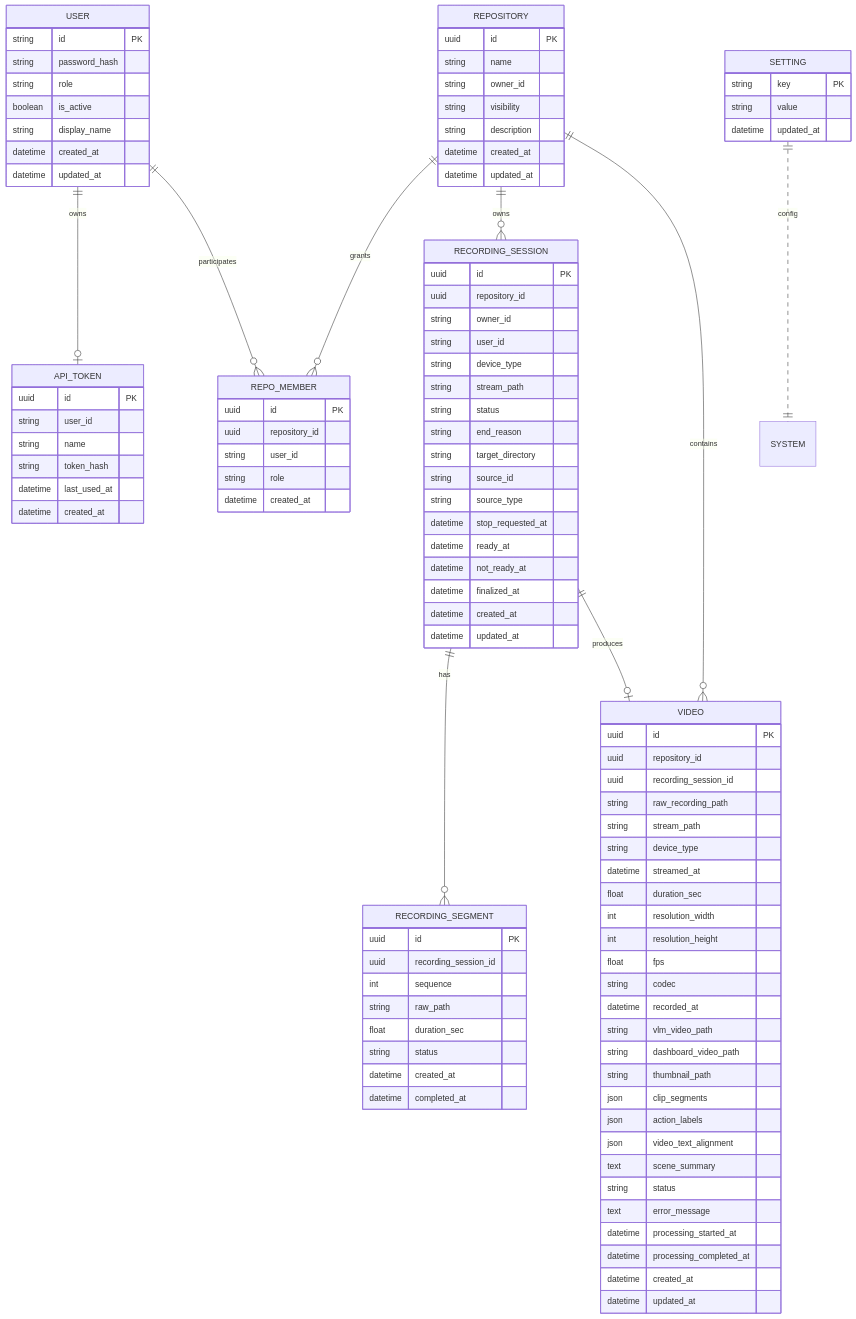
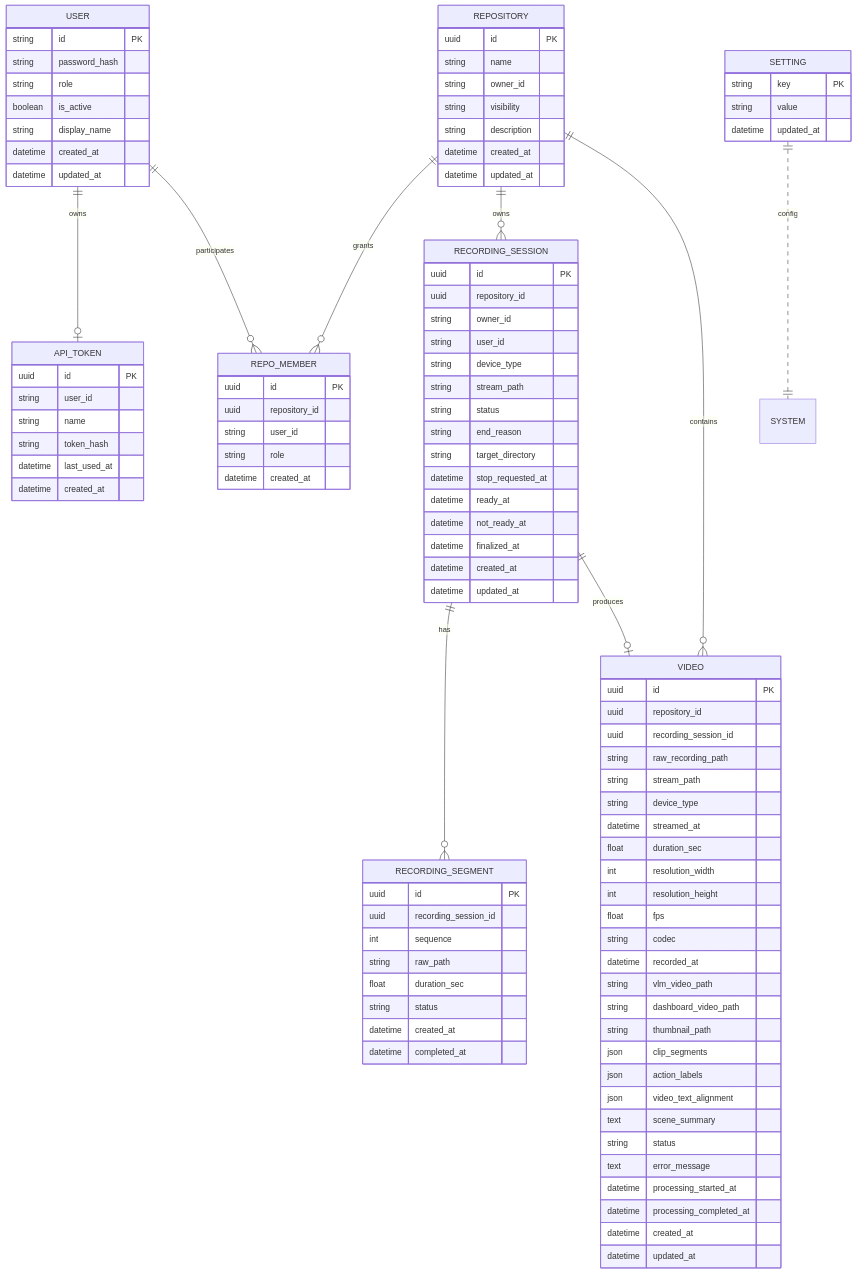
The diagram in docs/07. project_database.md (ego-flow/ego-flow-server), drawn with Mermaid before and after one commit. The commit also changed other lines of this file and 20 other files, not shown here.

```diff
--- a/docs/07. project_database.md
+++ b/docs/07. project_database.md
@@ -137,8 +137,6 @@
         string status
         string end_reason
         string target_directory
-        string source_id
-        string source_type
         datetime stop_requested_at
         datetime ready_at
         datetime not_ready_at
```
